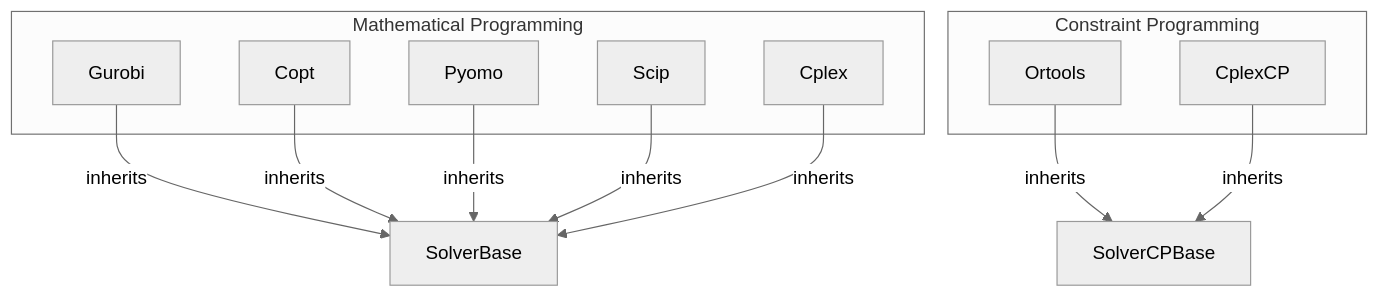
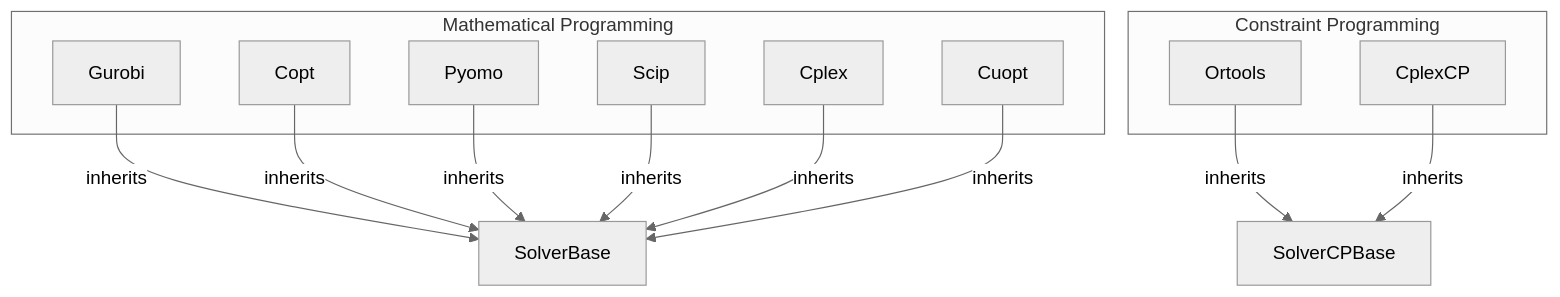
One commit to sharabhshukla/BendersLib changed the diagram in docs/source/manual/solvers.rst. Above: the diagram before and after it, drawn with Mermaid (neutral theme). The commit also changed other lines of this file and 8 other files, not shown here.

```diff
--- a/docs/source/manual/solvers.rst
+++ b/docs/source/manual/solvers.rst
@@ -324,25 +337,27 @@
 .. mermaid::
     :caption: Solver Interface Inheritance Diagram
     :align: center
 
     flowchart TB
         subgraph "Mathematical Programming"
             Gurobi
             Copt
             Pyomo
             Scip
             Cplex
+            Cuopt
         end
 
         subgraph "Constraint Programming"
             Ortools
             CplexCP
         end
 
         Gurobi -- inherits --> SolverBase
         Copt -- inherits --> SolverBase
         Pyomo -- inherits --> SolverBase
         Scip -- inherits --> SolverBase
         Cplex -- inherits --> SolverBase
+        Cuopt -- inherits --> SolverBase
         Ortools -- inherits --> SolverCPBase
         CplexCP -- inherits --> SolverCPBase
```
